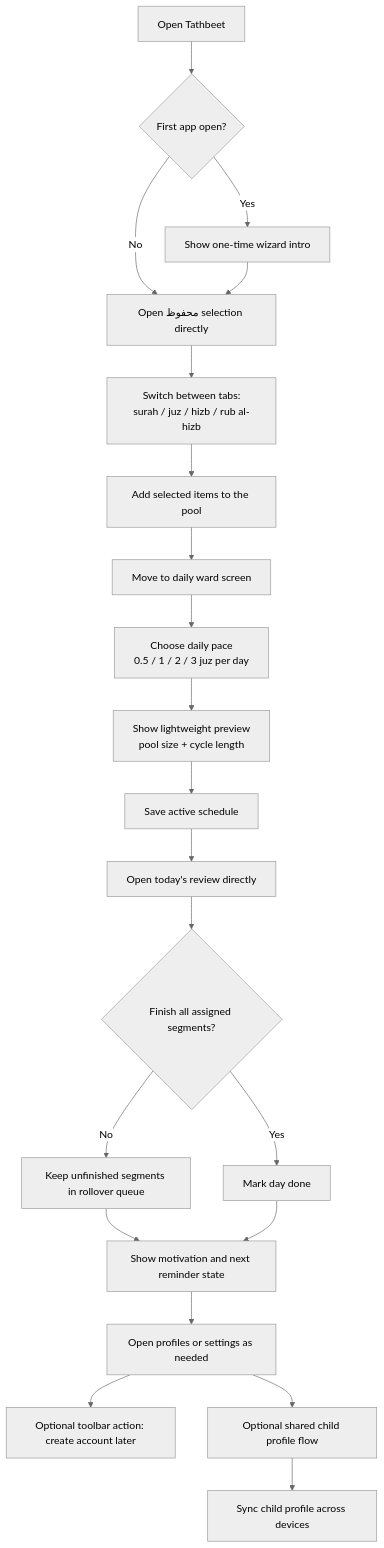
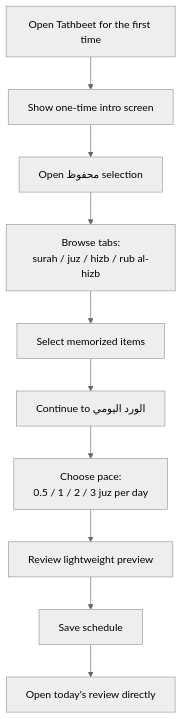
The first of 6 diagrams in docs/mvp-user-flow.md (mahdihijazi/tathbeet), drawn with Mermaid (neutral theme) before and after one commit. The commit also changed other lines of this file, not shown here.

First line of the commit message:
Split MVP flows into journeys

````diff
--- a/docs/mvp-user-flow.md
+++ b/docs/mvp-user-flow.md
@@ -5,23 +7,12 @@
 ```mermaid
 flowchart TD
-    A["Open Tathbeet"] --> B{"First app open?"}
-    B -- "Yes" --> C["Show one-time wizard intro"]
-    B -- "No" --> D["Open محفوظ selection directly"]
-    C --> D
-    D --> E["Switch between tabs:<br/>surah / juz / hizb / rub al-hizb"]
-    E --> F["Add selected items to the pool"]
-    F --> G["Move to daily ward screen"]
-    G --> H["Choose daily pace<br/>0.5 / 1 / 2 / 3 juz per day"]
-    H --> I["Show lightweight preview<br/>pool size + cycle length"]
-    I --> J["Save active schedule"]
-    J --> K["Open today's review directly"]
-    K --> L{"Finish all assigned segments?"}
-    L -- "No" --> M["Keep unfinished segments in rollover queue"]
-    L -- "Yes" --> N["Mark day done"]
-    M --> O["Show motivation and next reminder state"]
-    N --> O
-    O --> P["Open profiles or settings as needed"]
-    P --> Q["Optional toolbar action: create account later"]
-    P --> R["Optional shared child profile flow"]
-    R --> S["Sync child profile across devices"]
+    A["Open Tathbeet for the first time"] --> B["Show one-time intro screen"]
+    B --> C["Open محفوظ selection"]
+    C --> D["Browse tabs:<br/>surah / juz / hizb / rub al-hizb"]
+    D --> E["Select memorized items"]
+    E --> F["Continue to الورد اليومي"]
+    F --> G["Choose pace:<br/>0.5 / 1 / 2 / 3 juz per day"]
+    G --> H["Review lightweight preview"]
+    H --> I["Save schedule"]
+    I --> J["Open today's review directly"]
 ```
````
